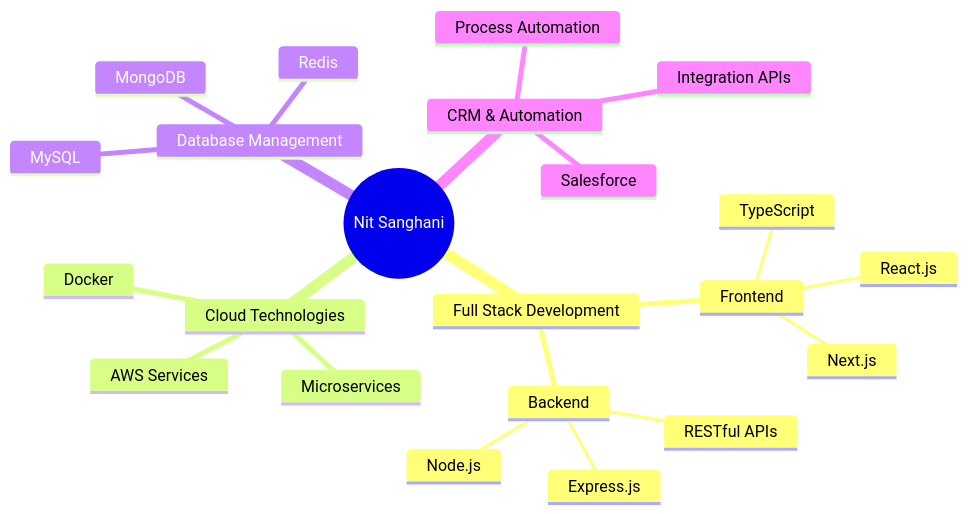
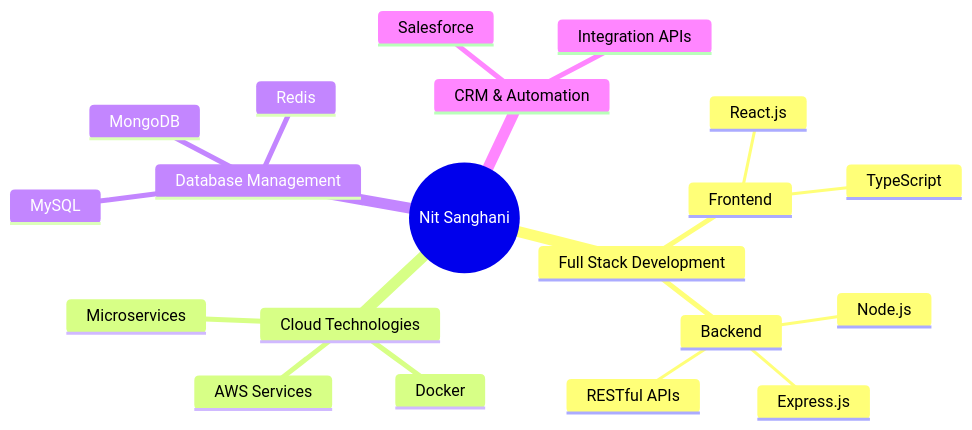
One commit to NitSanghani111/NitSanghani111 changed the diagram in Readme.md. Above: the diagram before and after it, drawn with Mermaid. The commit also changed other lines of this file, not shown here.

````diff
--- a/Readme.md
+++ b/Readme.md
@@ -258,25 +251,23 @@
 ```mermaid
 mindmap
   root((Nit Sanghani))
     Full Stack Development
       Frontend
         React.js
-        Next.js
         TypeScript
       Backend
         Node.js
         Express.js
         RESTful APIs
     Cloud Technologies
       AWS Services
       Docker
       Microservices
     Database Management
       MongoDB
       MySQL
       Redis
     CRM & Automation
       Salesforce
-      Process Automation
       Integration APIs
 ```
````
